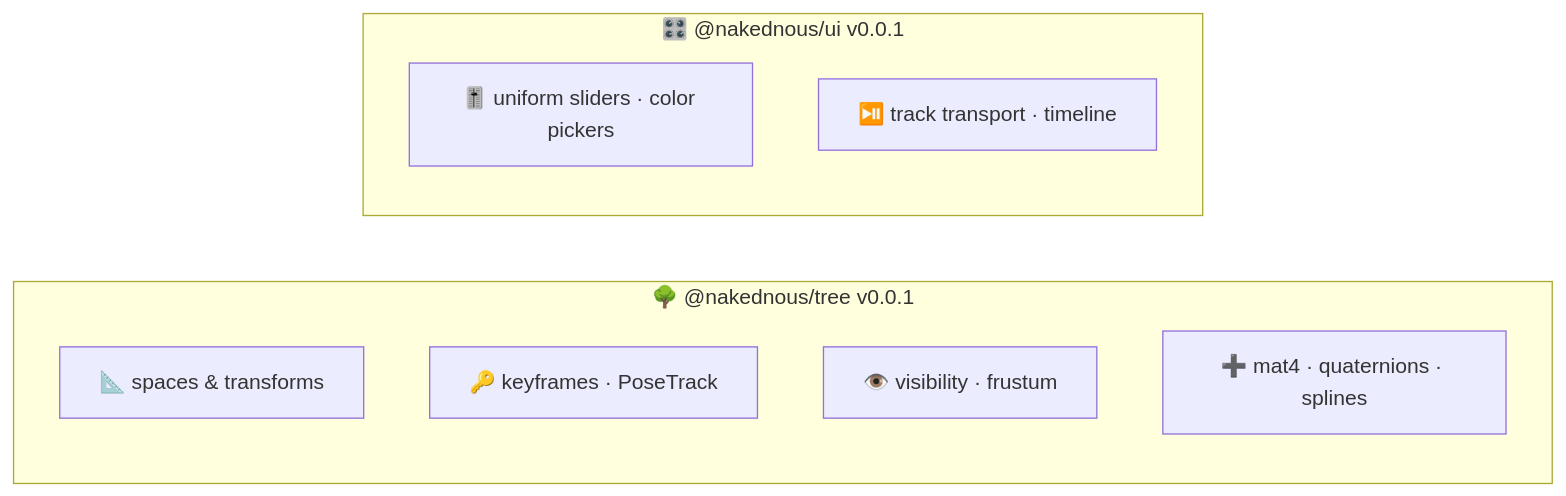
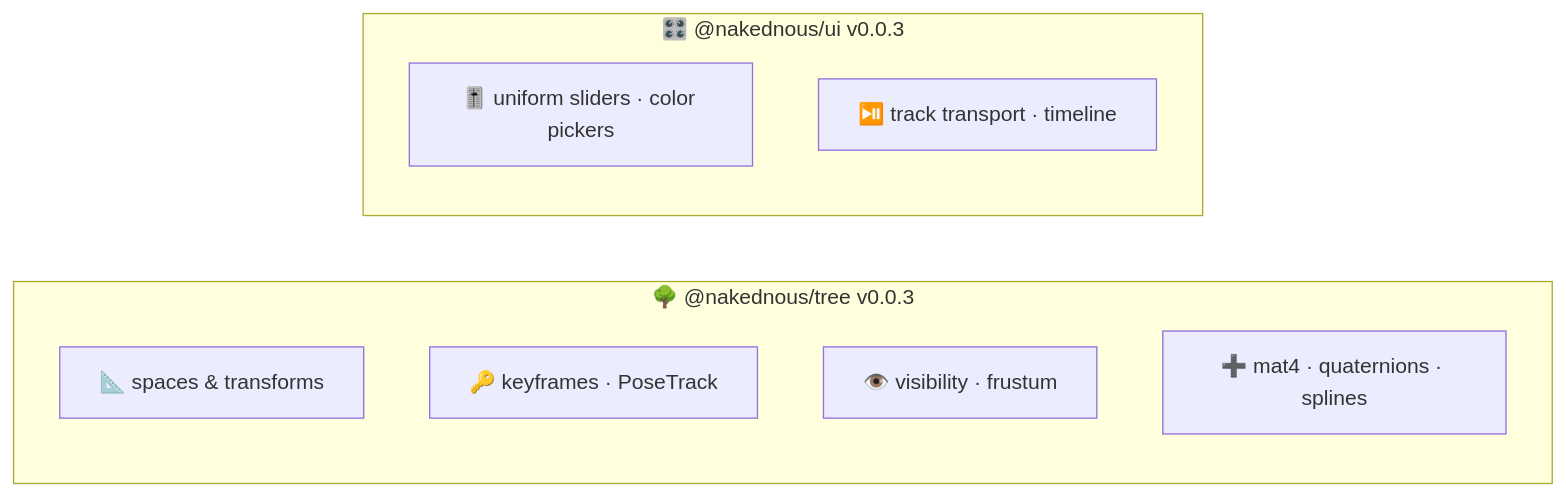
The second of 6 diagrams in slides.md (ABJ-d/tree), drawn with Mermaid before and after one commit. The commit also changed other lines of this file, not shown here.

````diff
--- a/slides.md
+++ b/slides.md
@@ -74,14 +74,14 @@
 ```mermaid
 flowchart LR
-  subgraph T["🌳 @nakednous/tree v0.0.1"]
+  subgraph T["🌳 @nakednous/tree v0.0.3"]
     t1["📐 spaces & transforms"]
     t2["🔑 keyframes · PoseTrack"]
     t3["👁️ visibility · frustum"]
     t4["➕ mat4 · quaternions · splines"]
   end
 
-  subgraph U["🎛️ @nakednous/ui v0.0.1"]
+  subgraph U["🎛️ @nakednous/ui v0.0.3"]
     u1["🎚️ uniform sliders · color pickers"]
     u2["⏯️ track transport · timeline"]
   end
 ```
````
